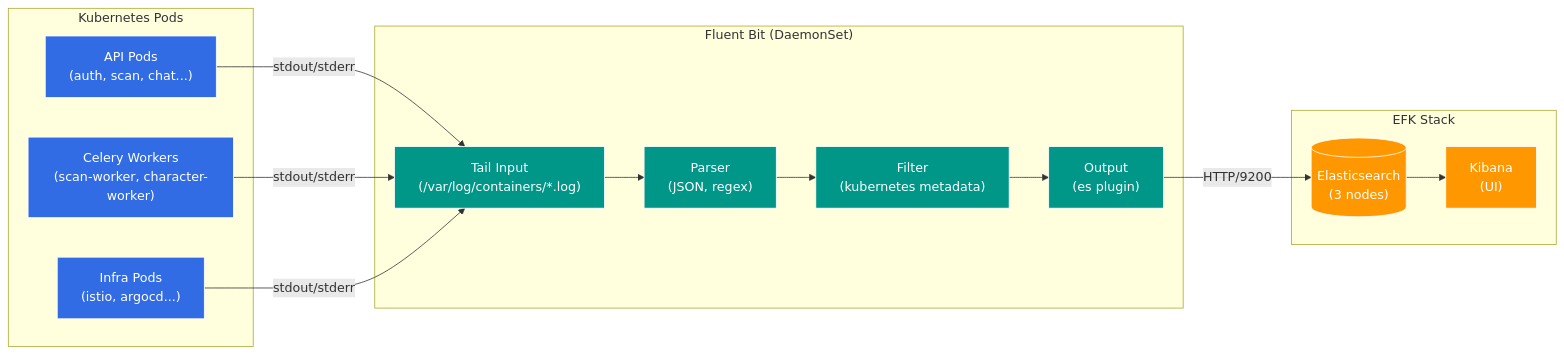
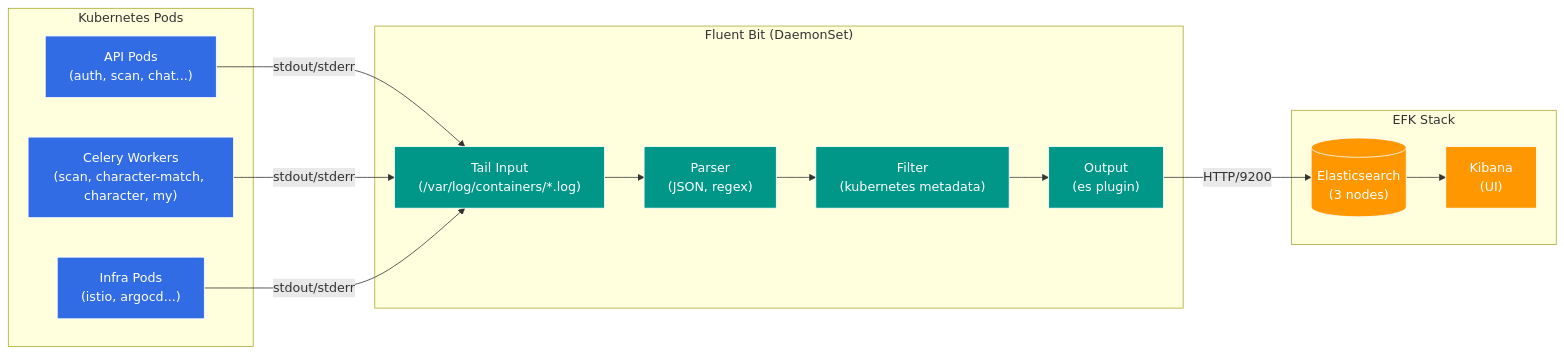
Before and after one commit to SeSACTHON/backend: the fourth of 4 diagrams in README.md, drawn with Mermaid. The commit also changed other lines of this file, not shown here.

Commit message:
docs: update Celery Workers table with correct queue mappings, rename Event Bus to Event Relay

````diff
--- a/README.md
+++ b/README.md
@@ -388,39 +390,39 @@
 ```mermaid
 flowchart LR
     subgraph Pods["Kubernetes Pods"]
         API["API Pods<br/>(auth, scan, chat...)"]
-        Workers["Celery Workers<br/>(scan-worker, character-worker)"]
+        Workers["Celery Workers<br/>(scan, character-match, character, my)"]
         Infra["Infra Pods<br/>(istio, argocd...)"]
     end
 
     subgraph FluentBit["Fluent Bit (DaemonSet)"]
         Tail["Tail Input<br/>(/var/log/containers/*.log)"]
         Parser["Parser<br/>(JSON, regex)"]
         Filter["Filter<br/>(kubernetes metadata)"]
         Output["Output<br/>(es plugin)"]
     end
 
     subgraph EFK["EFK Stack"]
         ES[("Elasticsearch<br/>(3 nodes)")]
         Kibana["Kibana<br/>(UI)"]
     end
 
     API -->|stdout/stderr| Tail
     Workers -->|stdout/stderr| Tail
     Infra -->|stdout/stderr| Tail
 
     Tail --> Parser
     Parser --> Filter
     Filter --> Output
     Output -->|HTTP/9200| ES
 
     ES --> Kibana
 
     classDef pods fill:#326CE5,stroke:#fff,color:white
     classDef fluent fill:#009688,stroke:#fff,color:white
     classDef efk fill:#FF9800,stroke:#fff,color:white
 
     class API,Workers,Infra pods
     class Tail,Parser,Filter,Output fluent
     class ES,Kibana efk
 ```
````
